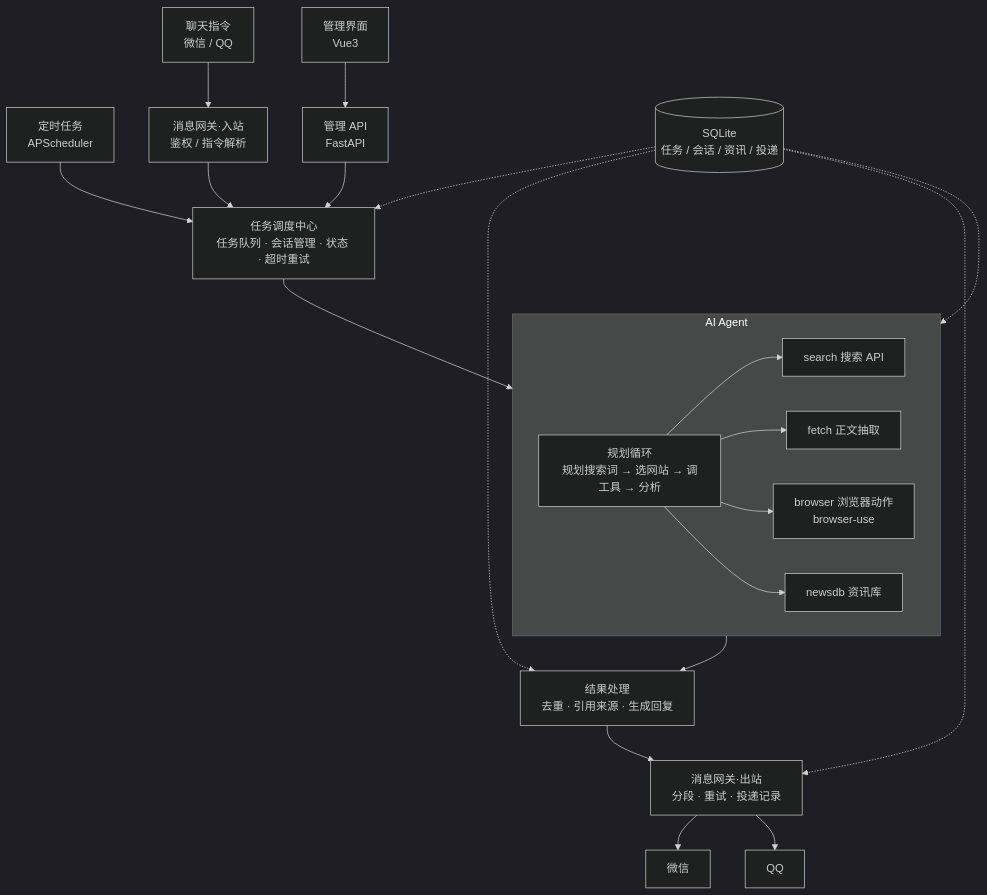
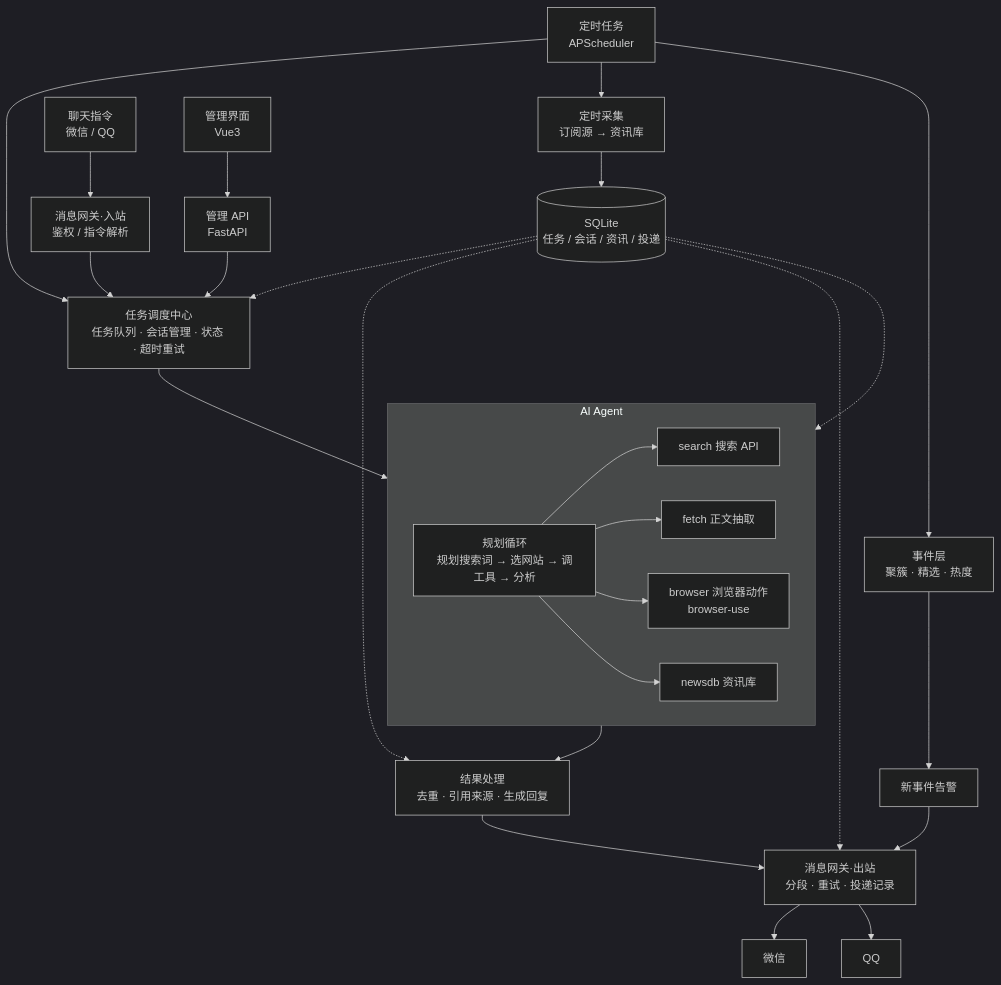
One commit to pitemp188-jpg/news_bot changed the first of 4 diagrams in docs/01-architecture.md. Above: the diagram before and after it, drawn with Mermaid (dark theme). The commit also changed other lines of this file and 24 other files, not shown here.

````diff
--- a/docs/01-architecture.md
+++ b/docs/01-architecture.md
@@ -14,23 +14,27 @@
 ```mermaid
 flowchart TD
     CRON[定时任务<br/>APScheduler] --> DISP
+    CRON --> COLLECT[定时采集<br/>订阅源 → 资讯库]
+    CRON --> EVENT
+    COLLECT --> DB
+    EVENT[事件层<br/>聚簇 · 精选 · 热度] --> ALERT[新事件告警] --> GW_OUT
     CHAT[聊天指令<br/>微信 / QQ] --> GW_IN[消息网关·入站<br/>鉴权 / 指令解析]
     GW_IN --> DISP
     ADMIN[管理界面<br/>Vue3] --> API[管理 API<br/>FastAPI] --> DISP
 
     DISP[任务调度中心<br/>任务队列 · 会话管理 · 状态 · 超时重试] --> AGENT
 
     subgraph AGENT[AI Agent]
         RUNNER[规划循环<br/>规划搜索词 → 选网站 → 调工具 → 分析]
         RUNNER --> T1[search 搜索 API]
         RUNNER --> T2[fetch 正文抽取]
         RUNNER --> T3[browser 浏览器动作<br/>browser-use]
         RUNNER --> T4[newsdb 资讯库]
     end
 
     AGENT --> RESULT[结果处理<br/>去重 · 引用来源 · 生成回复]
     RESULT --> GW_OUT[消息网关·出站<br/>分段 · 重试 · 投递记录]
     GW_OUT --> WX[微信] & QQ[QQ]
 
     DB[(SQLite<br/>任务 / 会话 / 资讯 / 投递)] -.-> DISP & AGENT & RESULT & GW_OUT
 ```
````
